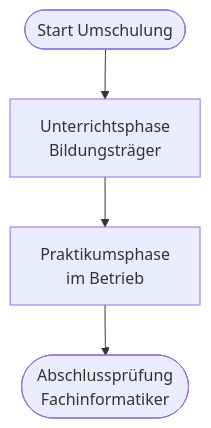
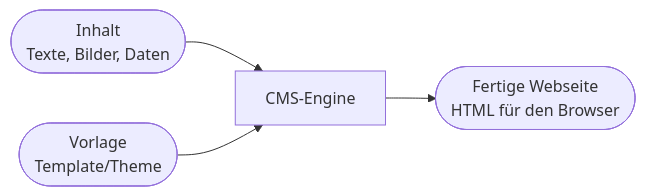
The first of 4 diagrams in docs/content/kapitel1.md (Qualidy/M5.4a-Program-CMS---Install-Konfig-FIAE-), drawn with Mermaid before and after one commit. The commit also changed other lines of this file and 105 other files, not shown here.

````diff
--- a/docs/content/kapitel1.md
+++ b/docs/content/kapitel1.md
@@ -81,6 +59,6 @@
 ```mermaid
-flowchart TD
-    A([Start Umschulung]) --> B[Unterrichtsphase\nBildungsträger]
-    B --> C[Praktikumsphase\nim Betrieb]
-    C --> D([Abschlussprüfung\nFachinformatiker])
+flowchart LR
+    A([Inhalt<br/>Texte, Bilder, Daten]) --> C[CMS-Engine]
+    B([Vorlage<br/>Template/Theme]) --> C
+    C --> D([Fertige Webseite<br/>HTML für den Browser])
 ```
````
